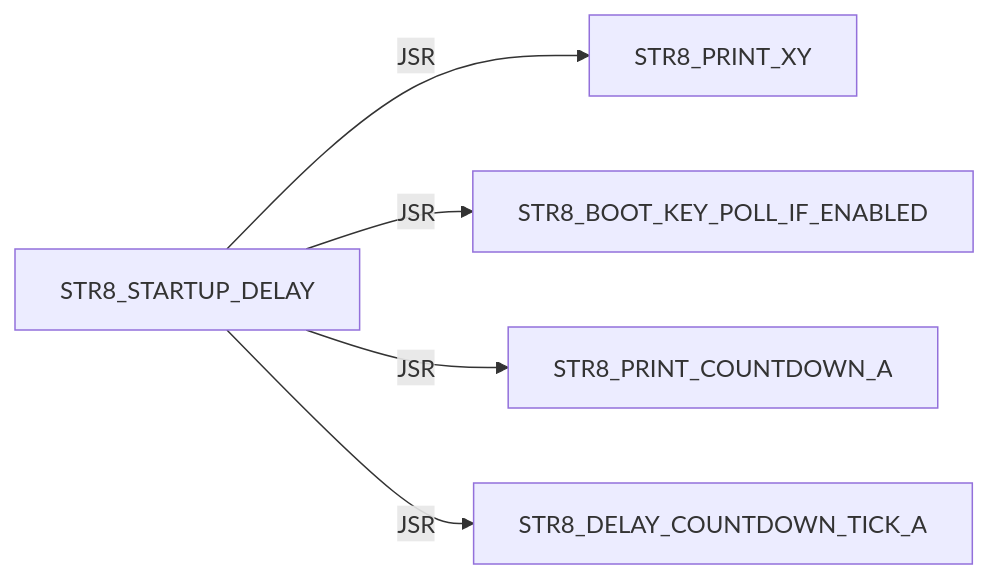
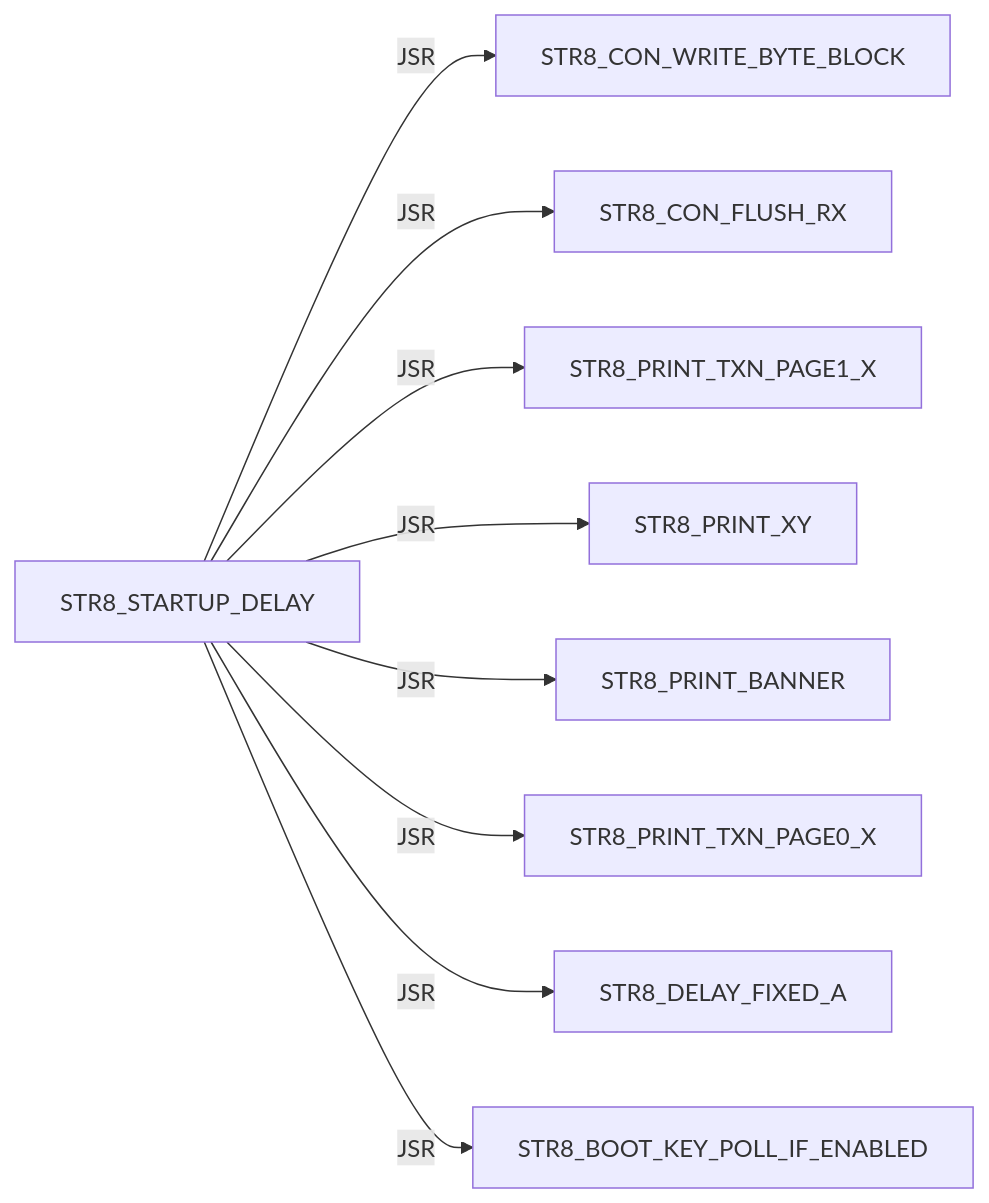
Before and after one commit to 95westus/R-YORS: diagram 32 of 42 in DOC/GUIDES/STR8/STR8_EDGE_DUMP.md, drawn with Mermaid. The commit also changed other lines of this file and 33 other files, not shown here.

````diff
--- a/DOC/GUIDES/STR8/STR8_EDGE_DUMP.md
+++ b/DOC/GUIDES/STR8/STR8_EDGE_DUMP.md
@@ -389,7 +441,11 @@
 ```mermaid
 flowchart LR
-    N0["STR8_STARTUP_DELAY"] -->|JSR| N1["STR8_PRINT_XY"]
-    N0["STR8_STARTUP_DELAY"] -->|JSR| N2["STR8_BOOT_KEY_POLL_IF_ENABLED"]
-    N0["STR8_STARTUP_DELAY"] -->|JSR| N3["STR8_PRINT_COUNTDOWN_A"]
-    N0["STR8_STARTUP_DELAY"] -->|JSR| N4["STR8_DELAY_COUNTDOWN_TICK_A"]
+    N0["STR8_STARTUP_DELAY"] -->|JSR| N1["STR8_CON_WRITE_BYTE_BLOCK"]
+    N0["STR8_STARTUP_DELAY"] -->|JSR| N2["STR8_CON_FLUSH_RX"]
+    N0["STR8_STARTUP_DELAY"] -->|JSR| N3["STR8_PRINT_TXN_PAGE1_X"]
+    N0["STR8_STARTUP_DELAY"] -->|JSR| N4["STR8_PRINT_XY"]
+    N0["STR8_STARTUP_DELAY"] -->|JSR| N5["STR8_PRINT_BANNER"]
+    N0["STR8_STARTUP_DELAY"] -->|JSR| N6["STR8_PRINT_TXN_PAGE0_X"]
+    N0["STR8_STARTUP_DELAY"] -->|JSR| N7["STR8_DELAY_FIXED_A"]
+    N0["STR8_STARTUP_DELAY"] -->|JSR| N8["STR8_BOOT_KEY_POLL_IF_ENABLED"]
 ```
````
